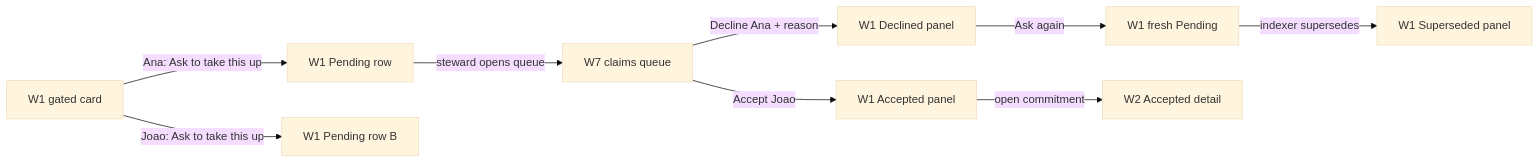
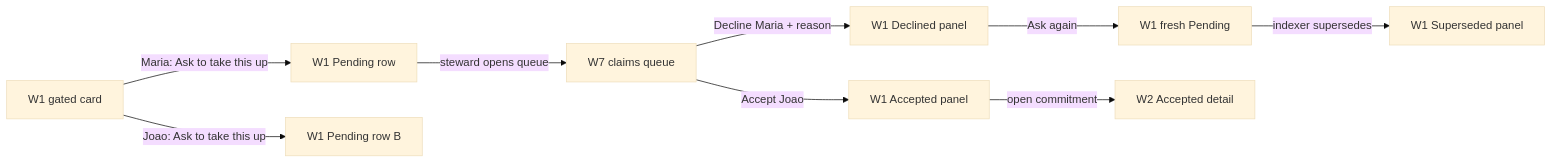
The third of 14 diagrams in .plans/active/commitment-pooling/prototypes.md (greenpill-dev-guild/green-goods), drawn with Mermaid (base theme) before and after one commit. The commit also changed other lines of this file and 12 other files, not shown here.

Commit message:
fix(client,admin): correct commitment pooling prototype flows

````diff
--- a/.plans/active/commitment-pooling/prototypes.md
+++ b/.plans/active/commitment-pooling/prototypes.md
@@ -152,11 +174,11 @@
 ```mermaid
 flowchart LR
-  A["W1 gated card"] -->|"Ana: Ask to take this up"| B["W1 Pending row"]
+  A["W1 gated card"] -->|"Maria: Ask to take this up"| B["W1 Pending row"]
   A -->|"Joao: Ask to take this up"| B2["W1 Pending row B"]
   B -->|"steward opens queue"| C["W7 claims queue"]
-  C -->|"Decline Ana + reason"| D["W1 Declined panel"]
+  C -->|"Decline Maria + reason"| D["W1 Declined panel"]
   D -->|"Ask again"| B3["W1 fresh Pending"]
   C -->|"Accept Joao"| E["W1 Accepted panel"]
   B3 -->|"indexer supersedes"| F["W1 Superseded panel"]
   E -->|"open commitment"| G["W2 Accepted detail"]
 ```
````
